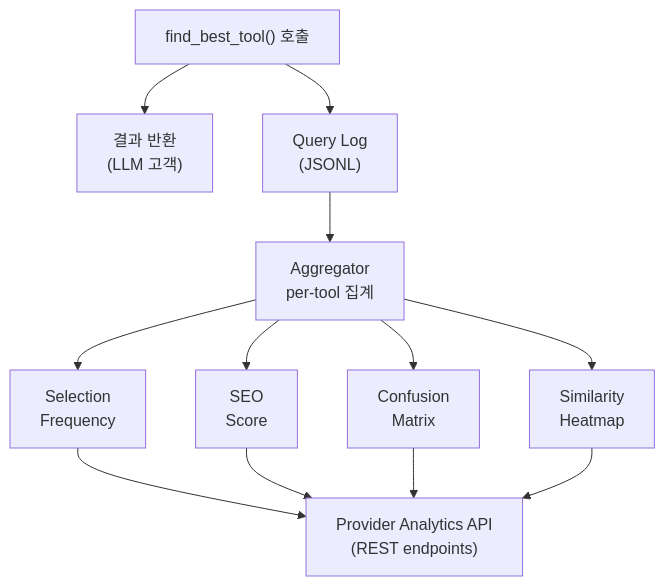
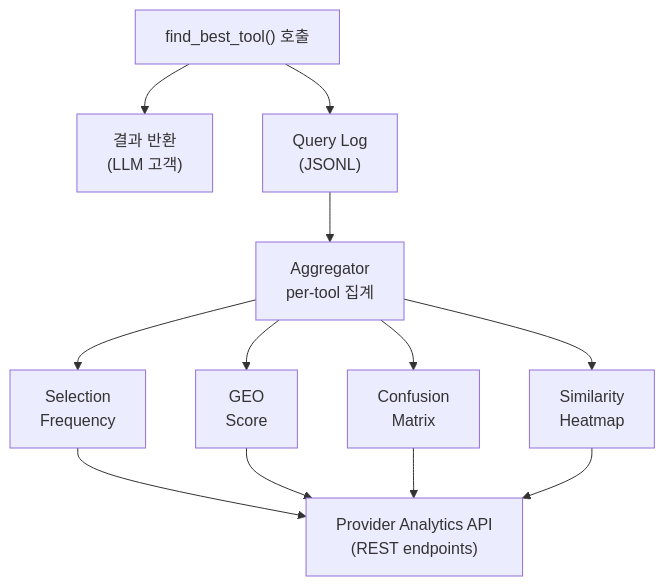
One commit to eajnoeyeel/didactic-octo-telegram changed the fifth of 7 diagrams in docs/design/architecture-diagrams.md. Above: the diagram before and after it, drawn with Mermaid. The commit also changed other lines of this file and 13 other files, not shown here.

First line of the commit message:
docs: rename SEO Score → GEO Score, unify to 6-dimension definition

````diff
--- a/docs/design/architecture-diagrams.md
+++ b/docs/design/architecture-diagrams.md
@@ -127,17 +127,17 @@
 ```mermaid
 flowchart TD
     FBT["find_best_tool() 호출"] --> RET["결과 반환<br/>(LLM 고객)"]
     FBT --> LOG["Query Log<br/>(JSONL)"]
 
     LOG --> AGG["Aggregator<br/>per-tool 집계"]
 
     AGG --> SF["Selection<br/>Frequency"]
-    AGG --> SEO["SEO<br/>Score"]
+    AGG --> GEO["GEO<br/>Score"]
     AGG --> CM["Confusion<br/>Matrix"]
     AGG --> SH["Similarity<br/>Heatmap"]
 
     SF --> API["Provider Analytics API<br/>(REST endpoints)"]
-    SEO --> API
+    GEO --> API
     CM --> API
     SH --> API
 ```
````
